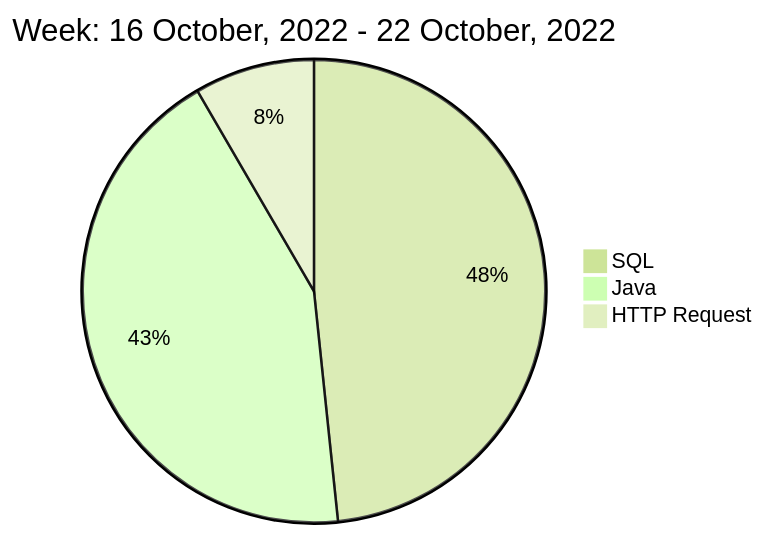
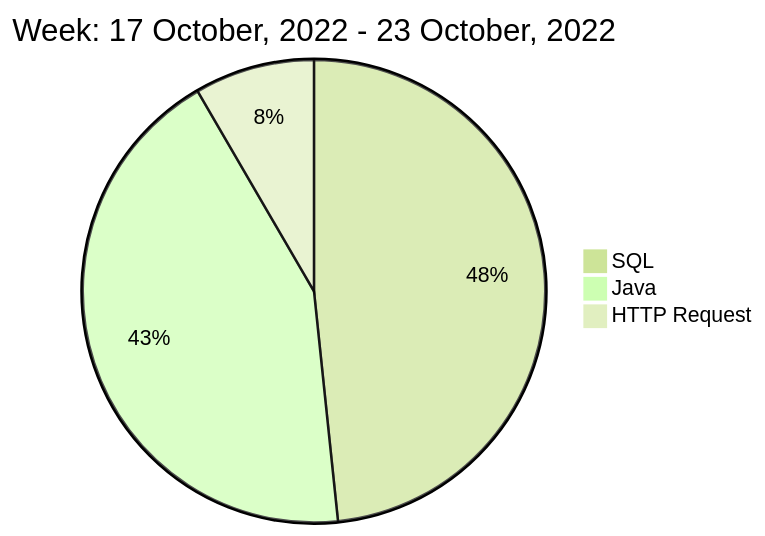
Before and after one commit to liubin95/liubin95: the diagram in README.md, drawn with Mermaid (forest theme).

Commit message:
Updated the Graph with new Metrics

````diff
--- a/README.md
+++ b/README.md
@@ -40,7 +40,7 @@
 ```mermaid
  pie
-title Week: 16 October, 2022 - 22 October, 2022
+title Week: 17 October, 2022 - 23 October, 2022
  "SQL" : 9.92
  "Java" : 8.88
  "HTTP Request" : 1.72
 ```
````
